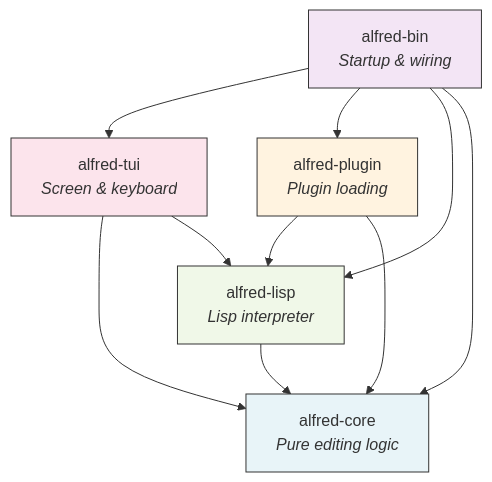
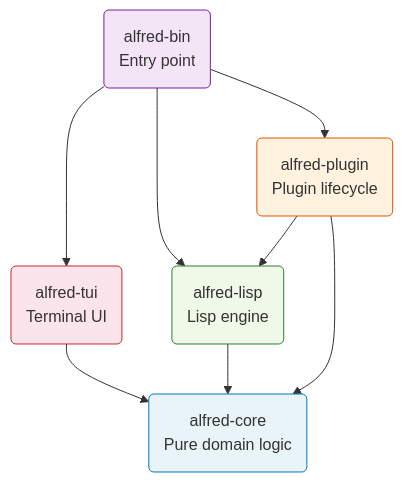
The first of 2 diagrams in docs/walkthrough/alfred-overview.md (andrealaforgia/alfred), drawn with Mermaid before and after one commit. The commit also changed other lines of this file and 4 other files, not shown here.

````diff
--- a/docs/walkthrough/alfred-overview.md
+++ b/docs/walkthrough/alfred-overview.md
@@ -90,24 +107,22 @@
 ```mermaid
 graph TD
-    BIN["alfred-bin<br/><i>Startup & wiring</i>"]
-    TUI["alfred-tui<br/><i>Screen & keyboard</i>"]
-    PLUGIN["alfred-plugin<br/><i>Plugin loading</i>"]
-    LISP["alfred-lisp<br/><i>Lisp interpreter</i>"]
-    CORE["alfred-core<br/><i>Pure editing logic</i>"]
+    BIN("alfred-bin<br/>Entry point")
+    TUI("alfred-tui<br/>Terminal UI")
+    PLUGIN("alfred-plugin<br/>Plugin lifecycle")
+    LISP("alfred-lisp<br/>Lisp engine")
+    CORE("alfred-core<br/>Pure domain logic")
 
     BIN --> TUI
     BIN --> PLUGIN
     BIN --> LISP
-    BIN --> CORE
     TUI --> CORE
-    TUI --> LISP
+    LISP --> CORE
+    PLUGIN --> CORE
     PLUGIN --> LISP
-    PLUGIN --> CORE
-    LISP --> CORE
 
-    style CORE fill:#e8f4f8,stroke:#333
-    style LISP fill:#f0f8e8,stroke:#333
-    style PLUGIN fill:#fff3e0,stroke:#333
-    style TUI fill:#fce4ec,stroke:#333
-    style BIN fill:#f3e5f5,stroke:#333
+    style BIN fill:#f3e5f5,stroke:#7b1fa2
+    style TUI fill:#fce4ec,stroke:#c62828
+    style PLUGIN fill:#fff3e0,stroke:#e65100
+    style LISP fill:#f0f8e8,stroke:#2e7d32
+    style CORE fill:#e8f4f8,stroke:#0277bd
 ```
````
